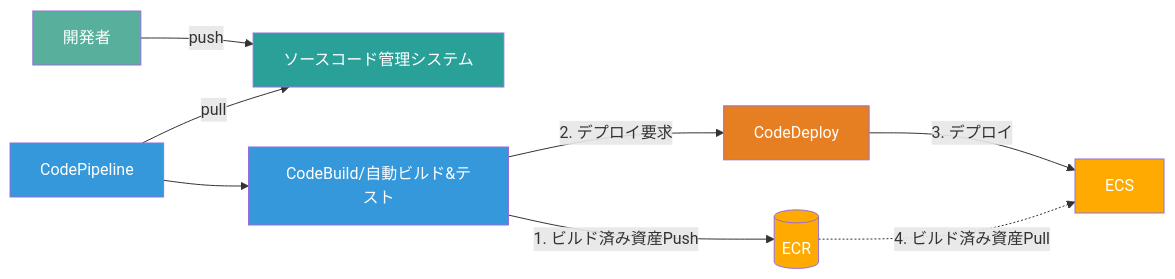
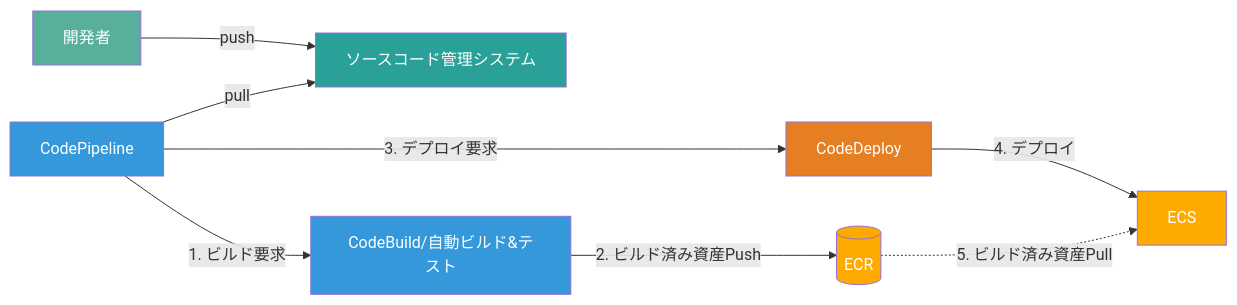
Before and after one commit to value-it/springboot-apps-template: the third of 5 diagrams in infrastructure/cloudformation/README.md, drawn with Mermaid. The commit also changed other lines of this file, not shown here.

Commit message:
#33 図手直し

````diff
--- a/infrastructure/cloudformation/README.md
+++ b/infrastructure/cloudformation/README.md
@@ -60,27 +60,28 @@
 ```mermaid
 flowchart LR
 %% Developer and GitHub
   A[開発者] -->|push| B[ソースコード管理システム]
   C[CodePipeline] -->|pull| B
 
+
 %% Pipeline execution
-  C --> D[CodeBuild/自動ビルド&テスト]
-  D -->|1. ビルド済み資産Push| E[(ECR)]
-  D -->|2. デプロイ要求| H[CodeDeploy]
-  H -->|3. デプロイ| G[ECS]
-  E -.->|4. ビルド済み資産Pull| G
+  C -->|1. ビルド要求| D[CodeBuild/自動ビルド&テスト]
+  D -->|2. ビルド済み資産Push| E[(ECR)]
+  C -->|3. デプロイ要求| H[CodeDeploy]
+  H -->|4. デプロイ| G[ECS]
+  E -.->|5. ビルド済み資産Pull| G
 
 %% Styles
   classDef dev fill:#58b09c,color:#fff;
   classDef git fill:#2aa198,color:#fff;
   classDef ci fill:#3498db,color:#fff;
   classDef cd fill:#e67e22,color:#fff;
   classDef infra fill:#ffAA00,color:#fff;
 
   class A dev;
   class B git;
-  class C,D ci;
+  class C,D,J ci;
   class H cd;
   class E,G infra;
 
 ```
````
